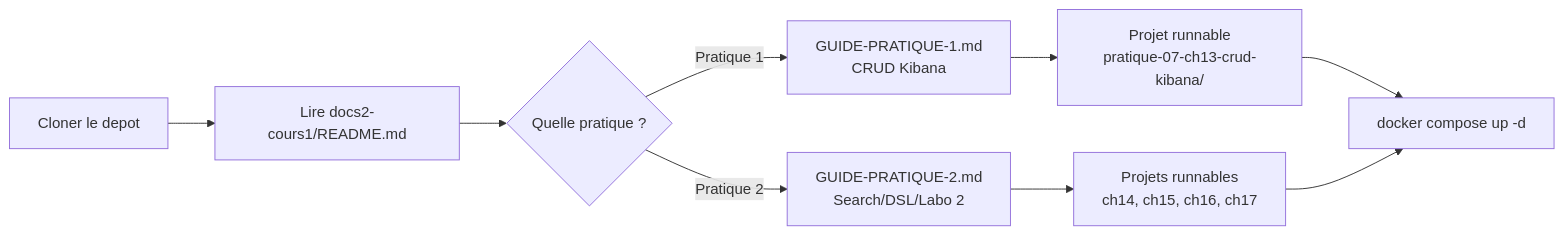
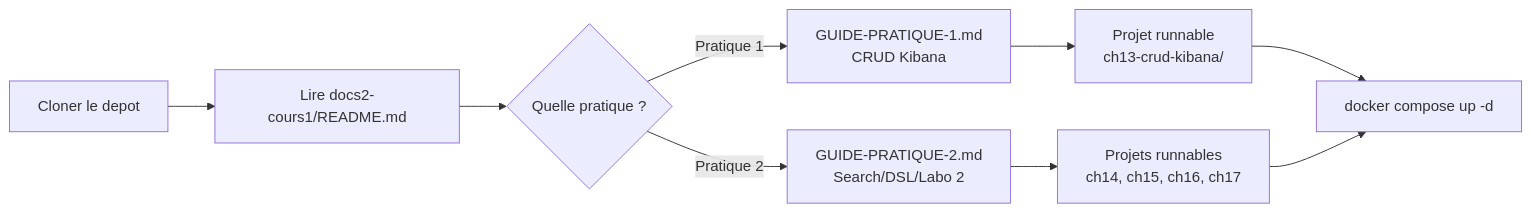
One commit to haythem-rehouma/Elastic-Search-0 changed the diagram in README.md. Above: the diagram before and after it, drawn with Mermaid. The commit also changed other lines of this file and 6 other files, not shown here.

````diff
--- a/README.md
+++ b/README.md
@@ -30,11 +30,11 @@
 ```mermaid
 flowchart LR
     A[Cloner le depot] --> B[Lire docs2-cours1/README.md]
     B --> C{Quelle pratique ?}
     C -->|Pratique 1| D[GUIDE-PRATIQUE-1.md<br/>CRUD Kibana]
     C -->|Pratique 2| E[GUIDE-PRATIQUE-2.md<br/>Search/DSL/Labo 2]
-    D --> F[Projet runnable<br/>pratique-07-ch13-crud-kibana/]
+    D --> F[Projet runnable<br/>ch13-crud-kibana/]
     E --> G[Projets runnables<br/>ch14, ch15, ch16, ch17]
     F --> H[docker compose up -d]
     G --> H
 ```
````
